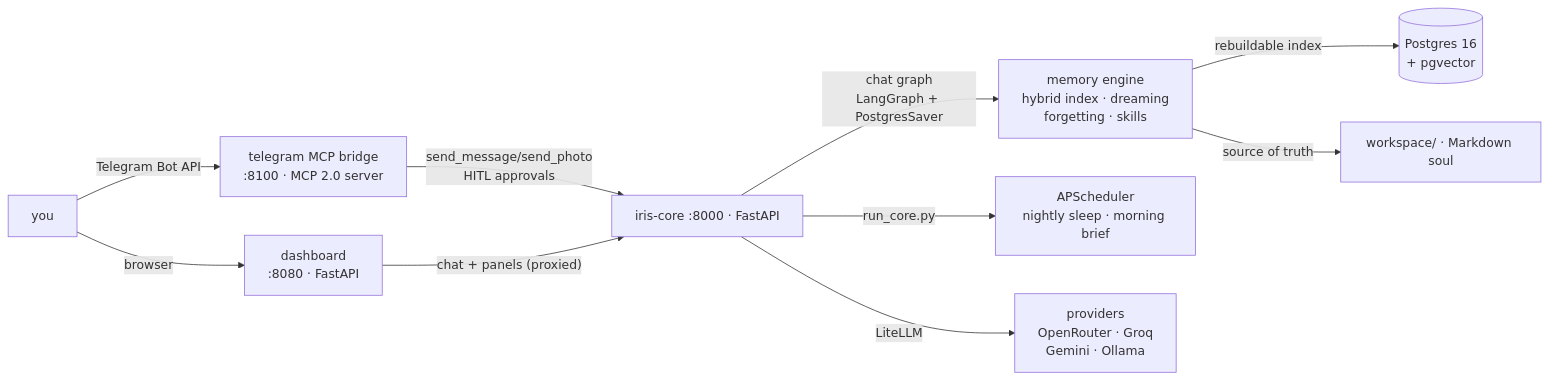
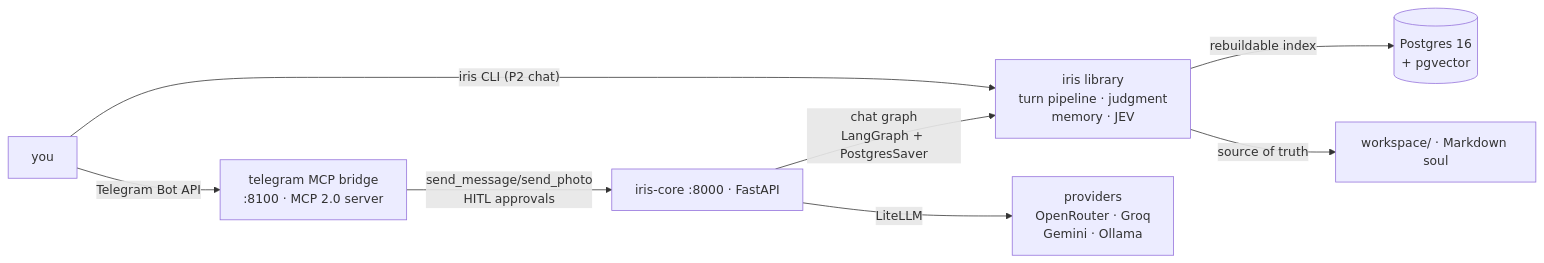
Before and after one commit to omhome16/Iris: the fourth of 4 diagrams in README.md, drawn with Mermaid. The commit also changed other lines of this file and 7 other files, not shown here.

First line of the commit message:
docs: document the reborn architecture, and how to extend it

````diff
--- a/README.md
+++ b/README.md
@@ -494,12 +857,10 @@
 ```mermaid
 flowchart LR
-    U["you"] -->|"Telegram Bot API"| TG["telegram MCP bridge<br/>:8100 · MCP 2.0 server"]
-    U -->|"browser"| DB["dashboard<br/>:8080 · FastAPI"]
+    U["you"] -->|"iris CLI (P2 chat)"| LIB["iris library<br/>turn pipeline · judgment<br/>memory · JEV"]
+    U -->|"Telegram Bot API"| TG["telegram MCP bridge<br/>:8100 · MCP 2.0 server"]
     TG -->|"send_message/send_photo<br/>HITL approvals"| CORE["iris-core :8000 · FastAPI"]
-    DB -->|"chat + panels (proxied)"| CORE
-    CORE -->|"chat graph<br/>LangGraph + PostgresSaver"| MEM["memory engine<br/>hybrid index · dreaming<br/>forgetting · skills"]
-    CORE -->|"run_core.py"| S["APScheduler<br/>nightly sleep · morning brief"]
-    MEM -->|"rebuildable index"| PG[("Postgres 16<br/>+ pgvector")]
-    MEM -->|"source of truth"| FS["workspace/ · Markdown soul"]
+    CORE -->|"chat graph<br/>LangGraph + PostgresSaver"| LIB
+    LIB -->|"rebuildable index"| PG[("Postgres 16<br/>+ pgvector")]
+    LIB -->|"source of truth"| FS["workspace/ · Markdown soul"]
     CORE -->|"LiteLLM"| LLM["providers<br/>OpenRouter · Groq<br/>Gemini · Ollama"]
 ```
````
